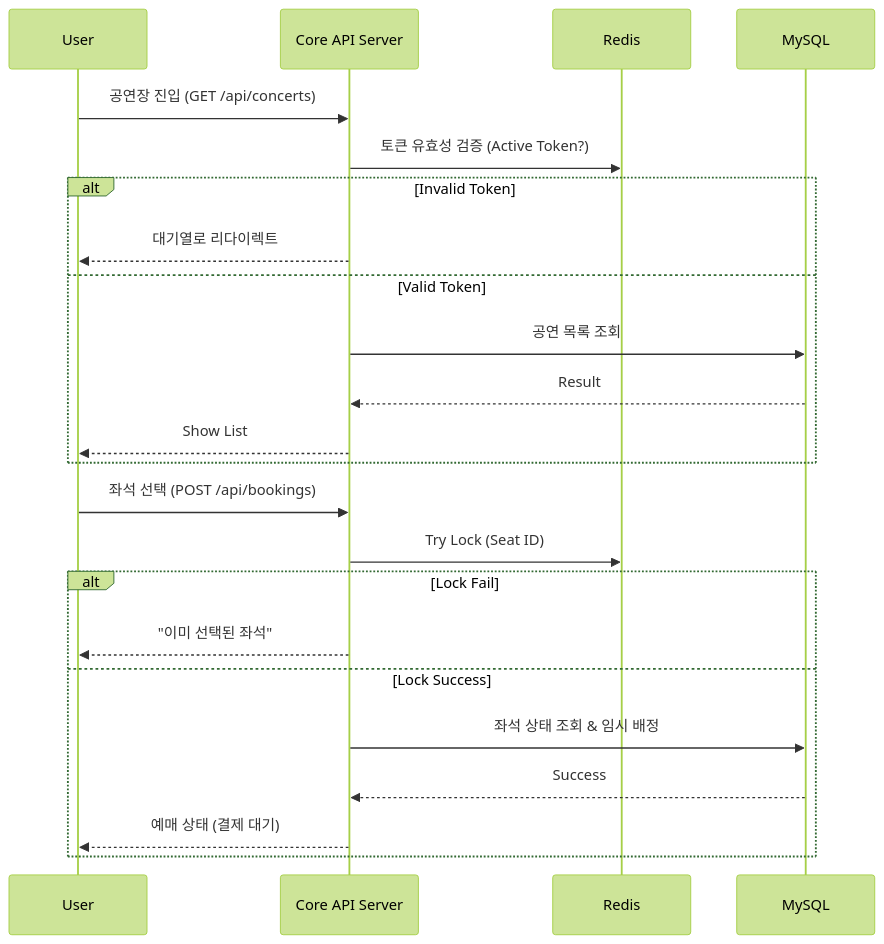
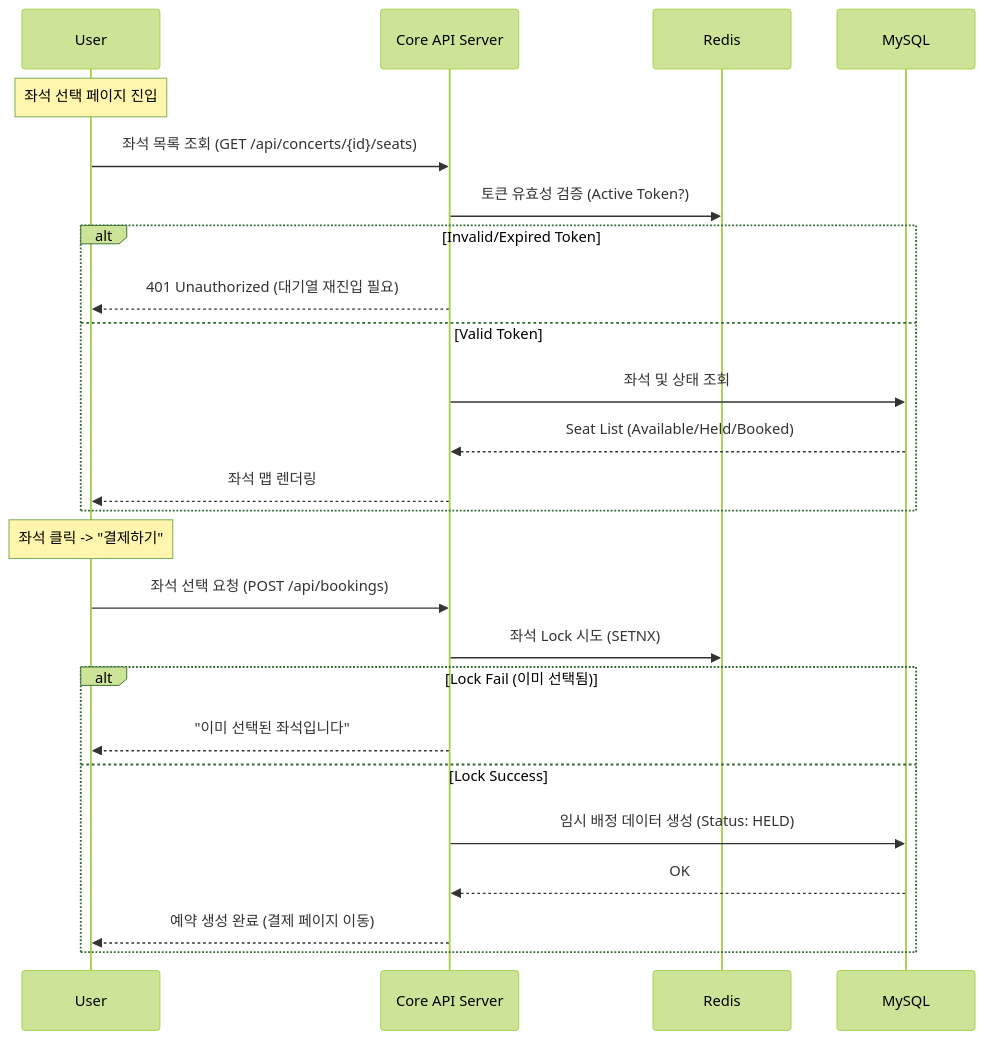
One commit to diovpl248/concert-ticketing-service changed the third of 5 diagrams in docs/requirements/02-architecture.md. Above: the diagram before and after it, drawn with Mermaid (forest theme). The commit also changed other lines of this file and 4 other files, not shown here.

````diff
--- a/docs/requirements/02-architecture.md
+++ b/docs/requirements/02-architecture.md
@@ -65,27 +85,31 @@
 ```mermaid
 sequenceDiagram
     participant U as User
     participant C as Core API Server
     participant R as Redis
     participant D as MySQL
 
-    U->>C: 공연장 진입 (GET /api/concerts)
+    Note over U: 좌석 선택 페이지 진입
+    U->>C: 좌석 목록 조회 (GET /api/concerts/{id}/seats)
+    
     C->>R: 토큰 유효성 검증 (Active Token?)
-    alt Invalid Token
-        C-->>U: 대기열로 리다이렉트
+    alt Invalid/Expired Token
+        C-->>U: 401 Unauthorized (대기열 재진입 필요)
     else Valid Token
-        C->>D: 공연 목록 조회
-        D-->>C: Result
-        C-->>U: Show List
+        C->>D: 좌석 및 상태 조회
+        D-->>C: Seat List (Available/Held/Booked)
+        C-->>U: 좌석 맵 렌더링
     end
 
-    U->>C: 좌석 선택 (POST /api/bookings)
-    C->>R: Try Lock (Seat ID)
-    alt Lock Fail
-        C-->>U: "이미 선택된 좌석"
+    Note over U: 좌석 클릭 -> "결제하기"
+    U->>C: 좌석 선택 요청 (POST /api/bookings)
+    
+    C->>R: 좌석 Lock 시도 (SETNX)
+    alt Lock Fail (이미 선택됨)
+        C-->>U: "이미 선택된 좌석입니다"
     else Lock Success
-        C->>D: 좌석 상태 조회 & 임시 배정
-        D-->>C: Success
-        C-->>U: 예매 상태 (결제 대기)
+        C->>D: 임시 배정 데이터 생성 (Status: HELD)
+        D-->>C: OK
+        C-->>U: 예약 생성 완료 (결제 페이지 이동)
     end
 ```
````
